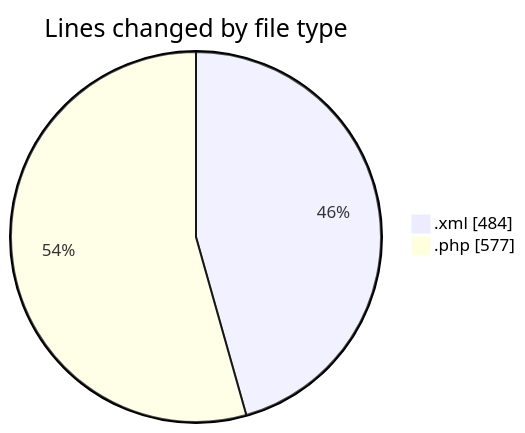
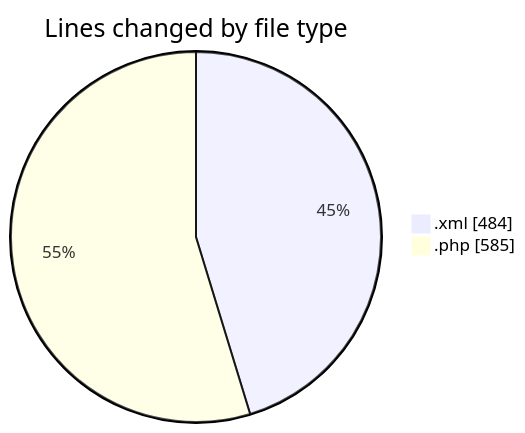
Before and after one commit to vahidmafi/code-tracking: the first of 2 diagrams in 2025-04-24/zeytoon/README.md, drawn with Mermaid. The commit also changed other lines of this file and 1 other file, not shown here.

````diff
--- a/2025-04-24/zeytoon/README.md
+++ b/2025-04-24/zeytoon/README.md
@@ -21,6 +21,6 @@
 ```mermaid
 pie showData
 title Lines changed by file type
 ".xml" : 484
-".php" : 577
+".php" : 585
 ```
````
